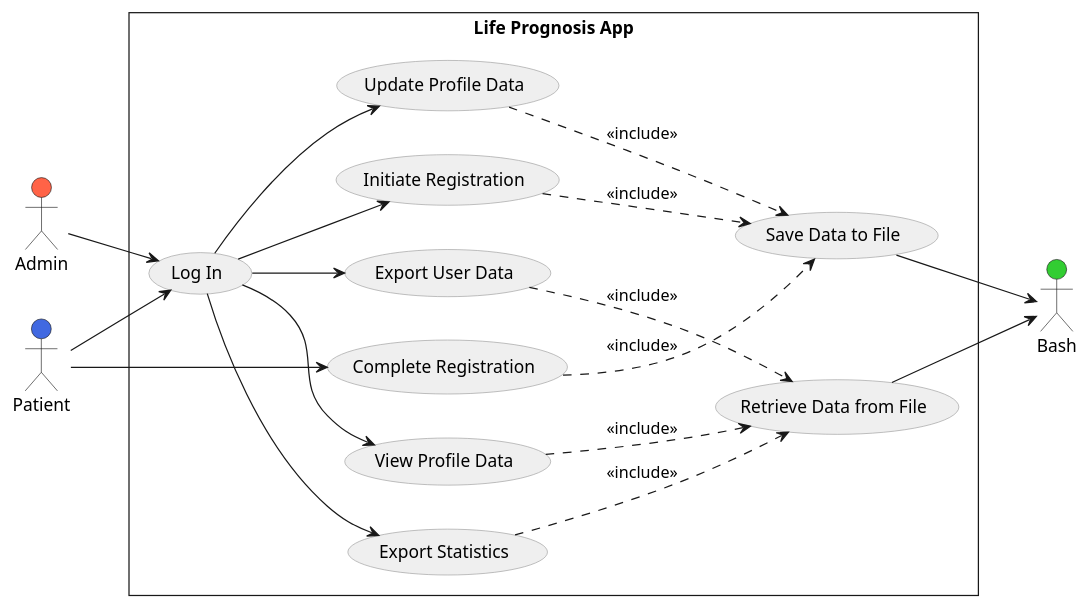
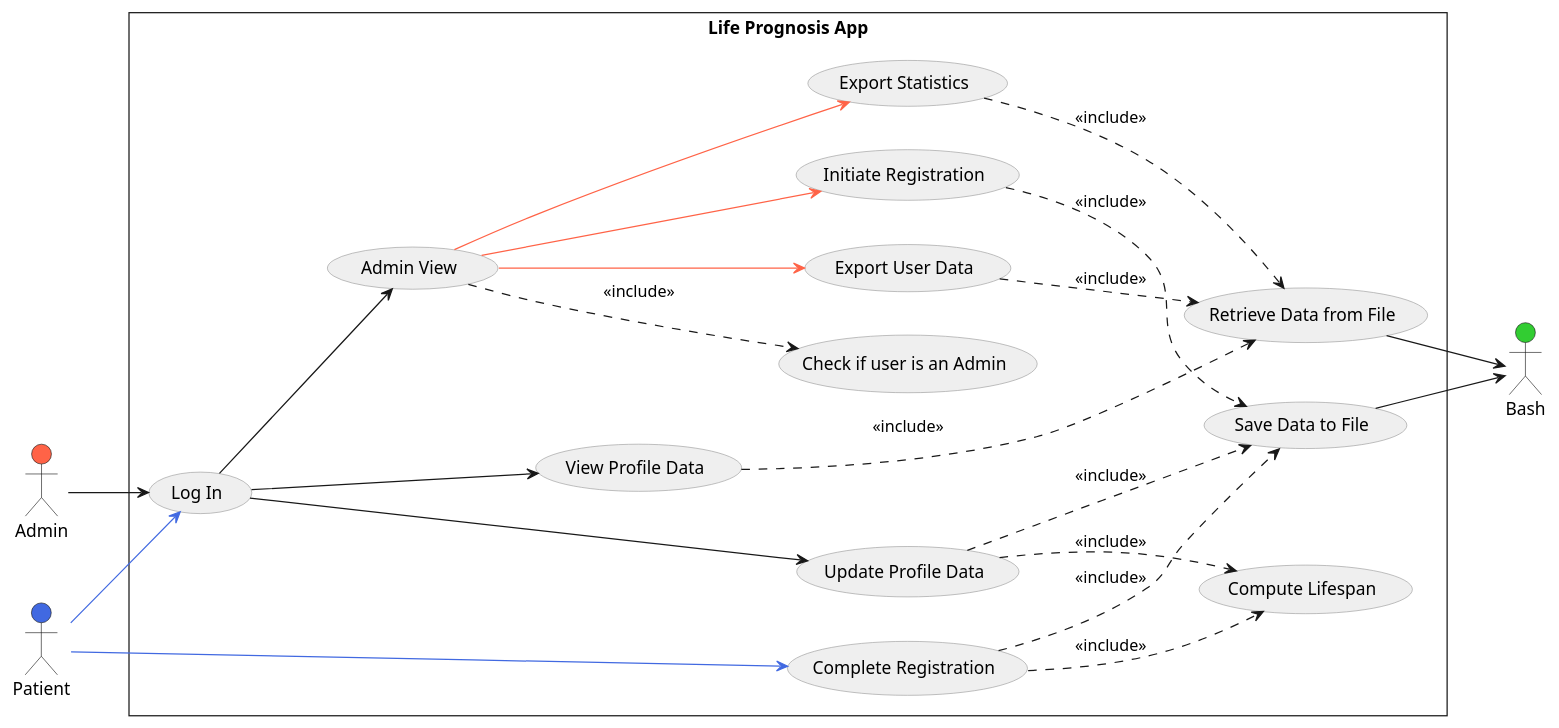
One commit to Blaiseniyo/life-span-prognosis-system changed the diagram in useCaseDiagram.plantuml. Above: the diagram before and after it, drawn with PlantUML. The commit also changed 2 other files, not shown here.

Commit message:
final useCase Diagram

```diff
--- a/useCaseDiagram.plantuml
+++ b/useCaseDiagram.plantuml
@@ -1,51 +1,70 @@
 @startuml Life Prognosis App
 
 left to right direction
 
 skinparam Style strictuml
 ' skinparam actorStyle awesome
 skinparam usecaseBackgroundColor #EFEFEF
 skinparam usecaseBorderColor #999999
 
 actor Admin as admin #FF6347
 actor Patient as patient #4169E1
 actor Bash as bash #32CD32
 
 rectangle "Life Prognosis App" {
   ' usecase "Authenticate" as AUTH
-  
+
+  usecase "Admin View" as AUV1
+  usecase "Compute Lifespan" as CPU1
   usecase "Initiate Registration" as AUC1
   usecase "Export User Data" as AUC6
   usecase "Export Statistics" as AUC7
 
   usecase "Complete Registration" as PUC1
   usecase "Log In" as PUC2
   usecase "View Profile Data" as PUC3
   usecase "Update Profile Data" as PUC4
 
   usecase "Save Data to File" as BUC1
   usecase "Retrieve Data from File" as BUC2
+  usecase "Check if user is an Admin" as BUC3
+
+
+ PUC2 --> AUV1
+ AUV1 ..> BUC3 : <<include>>
+
+ AUV1 -[#FF6347]-> AUC1
+ AUV1 -[#FF6347]->AUC6
+ AUV1 -[#FF6347]->AUC7
+
 
   admin --> PUC2
-  PUC2 --> AUC1
-  PUC2 --> AUC6
-  PUC2 --> AUC7
+'  PUC2 --> AUC1
+'  PUC2 --> AUC6
+'  PUC2 --> AUC7
 
-  patient --> PUC1
-  patient --> PUC2
+  patient -[#4169E1]-> PUC1
+  patient -[#4169E1]-> PUC2
   ' PUC2 --> PUC2
   PUC2 --> PUC3
   PUC2 --> PUC4
 
   BUC1 --> bash
   BUC2 --> bash
 }
+'
+'AUC6 ..> BUC3 : <<include>>
+'AUC1 ..> BUC3 : <<include>>
+'AUC7 ..> BUC3 : <<include>>
 
-AUC1 ..> BUC1 : <<include>>
 AUC6 ..> BUC2 : <<include>>
 AUC7 ..> BUC2 : <<include>>
+
 PUC1 ..> BUC1 : <<include>>
 PUC3 ..> BUC2 : <<include>>
+AUC1 ..> BUC1 : <<include>>
 PUC4 ..> BUC1 : <<include>>
+PUC4 ..> CPU1 : <<include>>
+PUC1 ..> CPU1 : <<include>>
 
 @enduml
```
